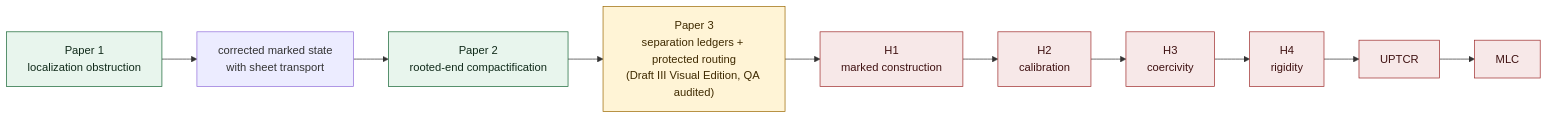
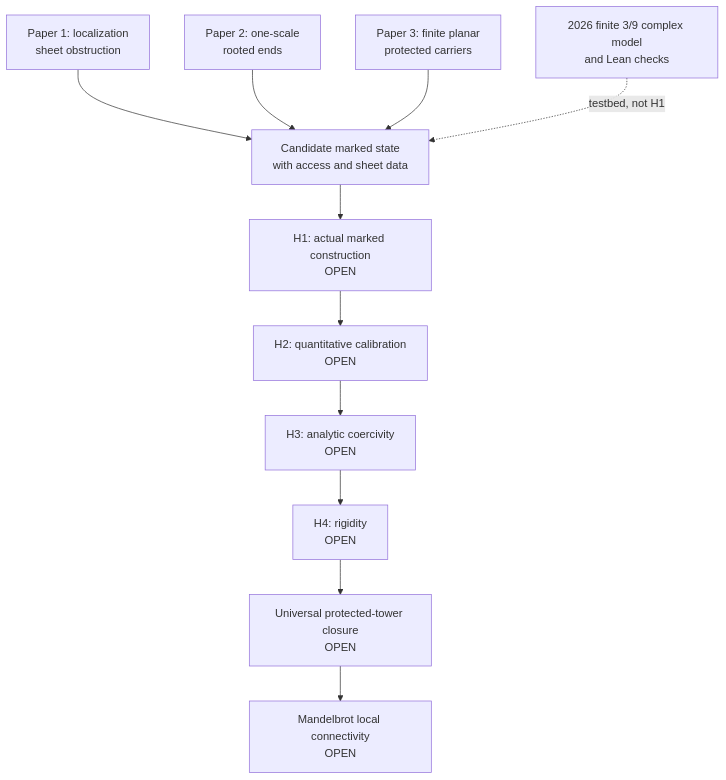
The diagram in README.md (dovvnloading/loops-research-archive), drawn with Mermaid before and after one commit. The commit also changed other lines of this file, not shown here.

Commit message:
Rewrite README as source-scoped research atlas with status chart, finite return graphic and Lean frontier

````diff
--- a/README.md
+++ b/README.md
@@ -30,19 +52,13 @@
 ```mermaid
-flowchart LR
-    P1["Paper 1<br/>localization obstruction"] --> S["corrected marked state<br/>with sheet transport"]
-    S --> P2["Paper 2<br/>rooted-end compactification"]
-    P2 --> P3["Paper 3<br/>separation ledgers + protected routing<br/>(Draft III Visual Edition, QA audited)"]
-    P3 --> H1["H1<br/>marked construction"]
-    H1 --> H2["H2<br/>calibration"]
-    H2 --> H3["H3<br/>coercivity"]
-    H3 --> H4["H4<br/>rigidity"]
-    H4 --> U["UPTCR"]
-    U --> M["MLC"]
-
-    classDef proved fill:#e8f5ed,stroke:#166534,color:#102a1a;
-    classDef active fill:#fff4d6,stroke:#9a6700,color:#3f2a00;
-    classDef open fill:#f7e8e8,stroke:#9f2d2d,color:#3f1111;
-    class P1,P2 proved;
-    class P3 active;
-    class H1,H2,H3,H4,U,M open;
+flowchart TD
+    P1["Paper 1: localization<br/>sheet obstruction"] --> MS["Candidate marked state<br/>with access and sheet data"]
+    P2["Paper 2: one-scale<br/>rooted ends"] --> MS
+    P3["Paper 3: finite planar<br/>protected carriers"] --> MS
+    T["2026 finite 3/9 complex model<br/>and Lean checks"] -. "testbed, not H1" .-> MS
+    MS --> H1["H1: actual marked construction<br/>OPEN"]
+    H1 --> H2["H2: quantitative calibration<br/>OPEN"]
+    H2 --> H3["H3: analytic coercivity<br/>OPEN"]
+    H3 --> H4["H4: rigidity<br/>OPEN"]
+    H4 --> U["Universal protected-tower closure<br/>OPEN"]
+    U --> M["Mandelbrot local connectivity<br/>OPEN"]
 ```
````
